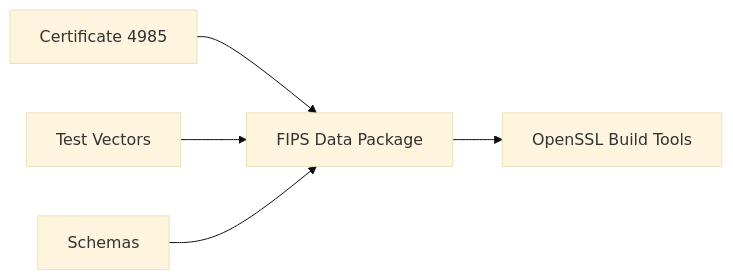
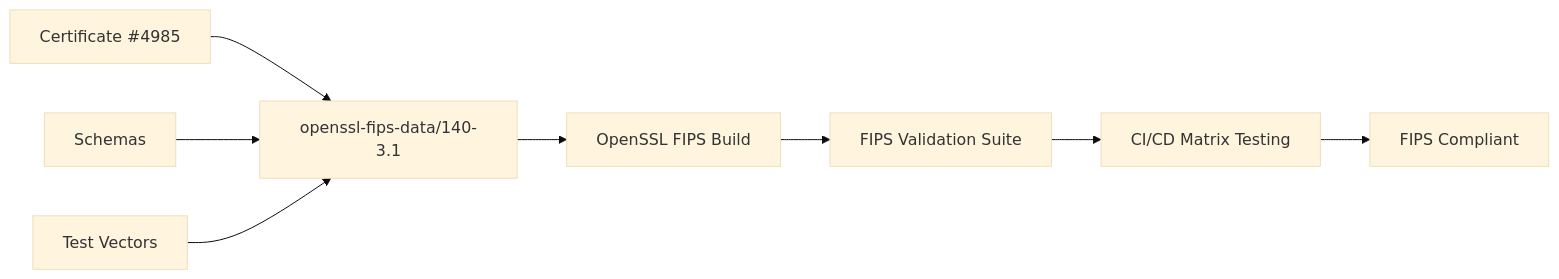
Before and after one commit to sparesparrow/openssl-fips-policy: the diagram in README.md, drawn with Mermaid (base theme). The commit also changed other lines of this file and 11 other files, not shown here.

First line of the commit message:
feat: comprehensive OpenSSL CI/CD modernization

````diff
--- a/README.md
+++ b/README.md
@@ -18,7 +73,10 @@
 ```mermaid
 graph LR
-  A[Certificate 4985] --> D[FIPS Data Package]
-  B[Test Vectors] --> D
-  C[Schemas] --> D
-  D --> E[OpenSSL Build Tools]
+  CERT[Certificate #4985] --> DATA[openssl-fips-data/140-3.1]
+  SCHEMAS[Schemas] --> DATA
+  TESTV[Test Vectors] --> DATA
+  DATA --> BUILD[OpenSSL FIPS Build]
+  BUILD --> VALIDATE[FIPS Validation Suite]
+  VALIDATE --> CI[CI/CD Matrix Testing]
+  CI --> COMPLIANT[FIPS Compliant]
 ```
````
